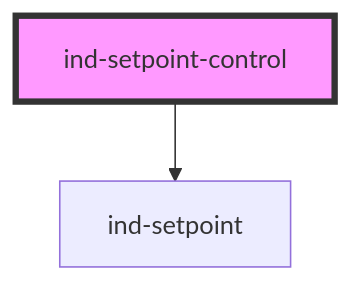
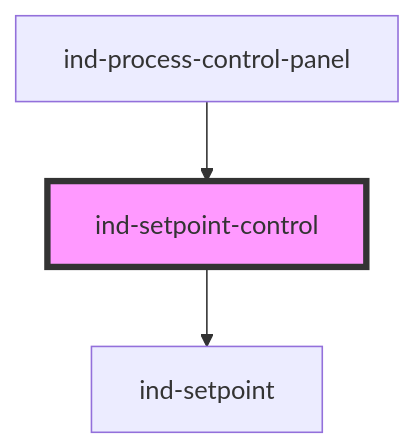
The diagram in packages/core/src/components/molecules/setpoint-control/readme.md (christophe77/in-ds), drawn with Mermaid before and after one commit. The commit also changed other lines of this file and 106 other files, not shown here.

````diff
--- a/packages/core/src/components/molecules/setpoint-control/readme.md
+++ b/packages/core/src/components/molecules/setpoint-control/readme.md
@@ -52,5 +56,6 @@
 ```mermaid
 graph TD;
   ind-setpoint-control --> ind-setpoint
+  ind-process-control-panel --> ind-setpoint-control
   style ind-setpoint-control fill:#f9f,stroke:#333,stroke-width:4px
 ```
````
